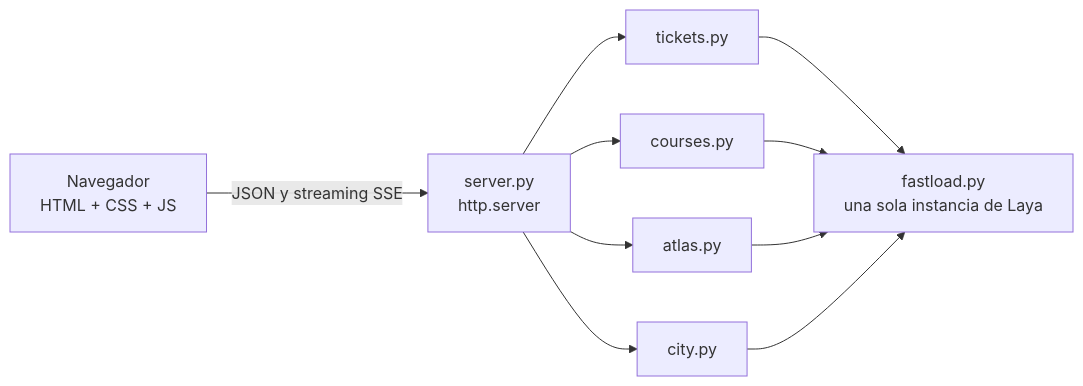
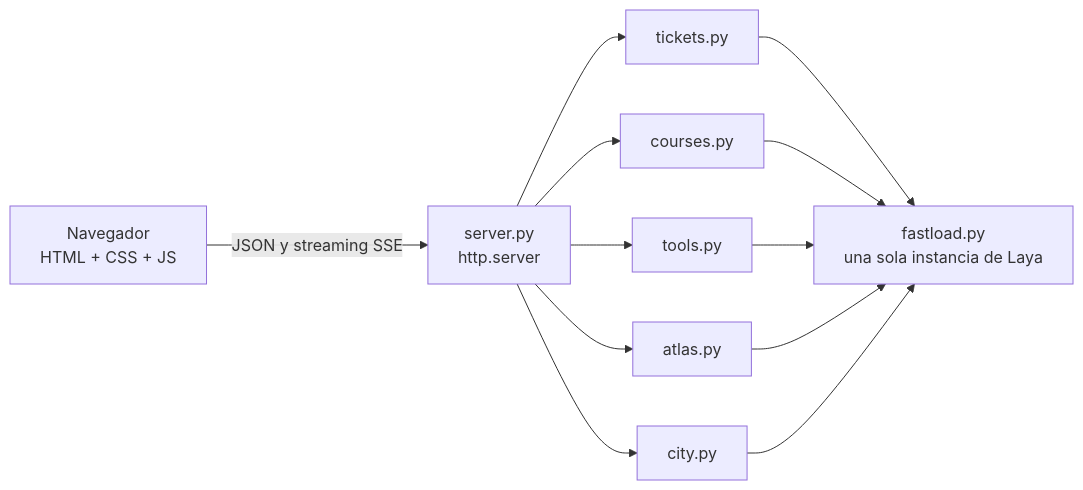
The diagram in README.md (zamax14/Laya-Showcase), drawn with Mermaid before and after one commit. The commit also changed other lines of this file and 1 other file, not shown here.

````diff
--- a/README.md
+++ b/README.md
@@ -152,9 +175,10 @@
 ```mermaid
 flowchart LR
     B["Navegador<br/>HTML + CSS + JS"] -- "JSON y streaming SSE" --> S["server.py<br/>http.server"]
     S --> T["tickets.py"]
     S --> R["courses.py"]
+    S --> H["tools.py"]
     S --> A["atlas.py"]
     S --> C["city.py"]
-    T & R & A & C --> M["fastload.py<br/>una sola instancia de Laya"]
+    T & R & H & A & C --> M["fastload.py<br/>una sola instancia de Laya"]
 ```
````
